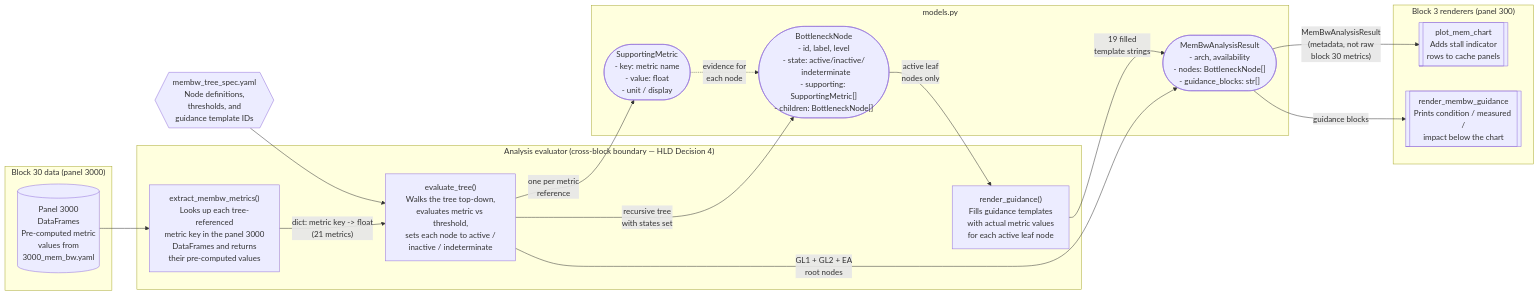
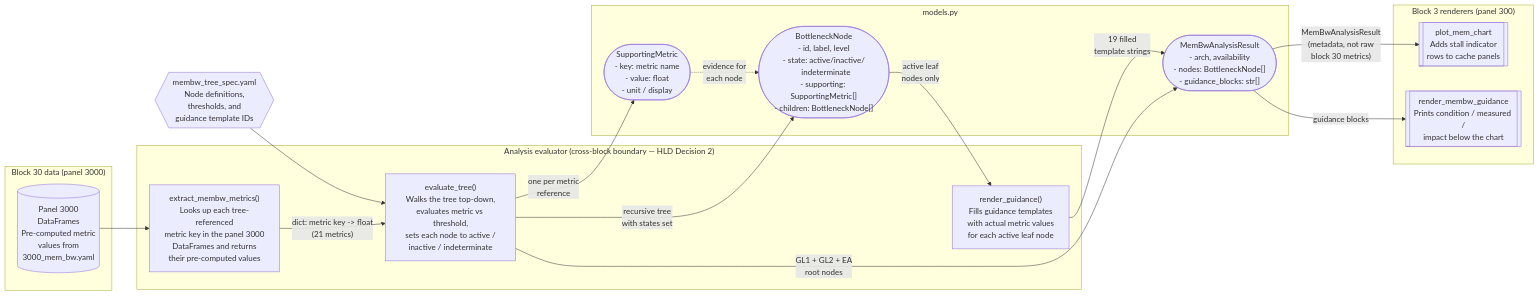
The diagram in projects/rocprofiler-compute/docs/design/lld-membw-guided-analysis-in-memchart.md (ROCm/rocm-systems), drawn with Mermaid before and after one commit. The commit also changed other lines of this file and 1 other file, not shown here.

Commit message:
doc(rocprofiler-compute): clean up HLD scope, merge Decision 4 into Decision 2, deduplicate open items

````diff
--- a/projects/rocprofiler-compute/docs/design/lld-membw-guided-analysis-in-memchart.md
+++ b/projects/rocprofiler-compute/docs/design/lld-membw-guided-analysis-in-memchart.md
@@ -80,38 +80,38 @@
 ```mermaid
 flowchart LR
     subgraph block30 ["Block 30 data (panel 3000)"]
         DF[(Panel 3000\nDataFrames\nPre-computed metric\nvalues from\n3000_mem_bw.yaml)]
     end
 
-    subgraph evaluator ["Analysis evaluator (cross-block boundary — HLD Decision 4)"]
+    subgraph evaluator ["Analysis evaluator (cross-block boundary — HLD Decision 2)"]
         ME["extract_membw_metrics()\nLooks up each tree-referenced\nmetric key in the panel 3000\nDataFrames and returns\ntheir pre-computed values"]
         ENG["evaluate_tree()\nWalks the tree top-down,\nevaluates metric vs threshold,\nsets each node to active /\ninactive / indeterminate"]
         GR["render_guidance()\nFills guidance templates\nwith actual metric values\nfor each active leaf node"]
     end
 
     subgraph models.py
         SM(["SupportingMetric\n- key: metric name\n- value: float\n- unit / display"])
         BN(["BottleneckNode\n- id, label, level\n- state: active/inactive/\n  indeterminate\n- supporting: SupportingMetric[]\n- children: BottleneckNode[]"])
         AR(["MemBwAnalysisResult\n- arch, availability\n- nodes: BottleneckNode[]\n- guidance_blocks: str[]"])
     end
 
     subgraph block3 ["Block 3 renderers (panel 300)"]
         MC[[plot_mem_chart\nAdds stall indicator\nrows to cache panels]]
         RG[[render_membw_guidance\nPrints condition / measured /\nimpact below the chart]]
     end
 
     DF --> ME
     TS{{membw_tree_spec.yaml\nNode definitions,\nthresholds, and\nguidance template IDs}} --> ENG
 
     ME -- "dict: metric key -> float\n(21 metrics)" --> ENG
     ENG -- "one per metric\nreference" --> SM
     ENG -- "recursive tree\nwith states set" --> BN
     SM -. "evidence for\neach node" .-> BN
 
     BN -- "active leaf\nnodes only" --> GR
     GR -- "19 filled\ntemplate strings" --> AR
     ENG -- "GL1 + GL2 + EA\nroot nodes" --> AR
 
     AR -- "MemBwAnalysisResult\n(metadata, not raw\nblock 30 metrics)" --> MC
     AR -- "guidance blocks" --> RG
 ```
````
